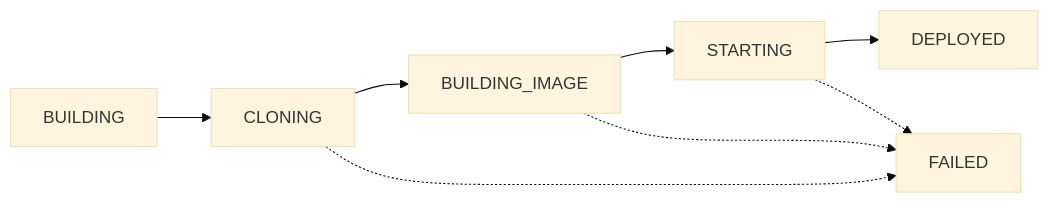
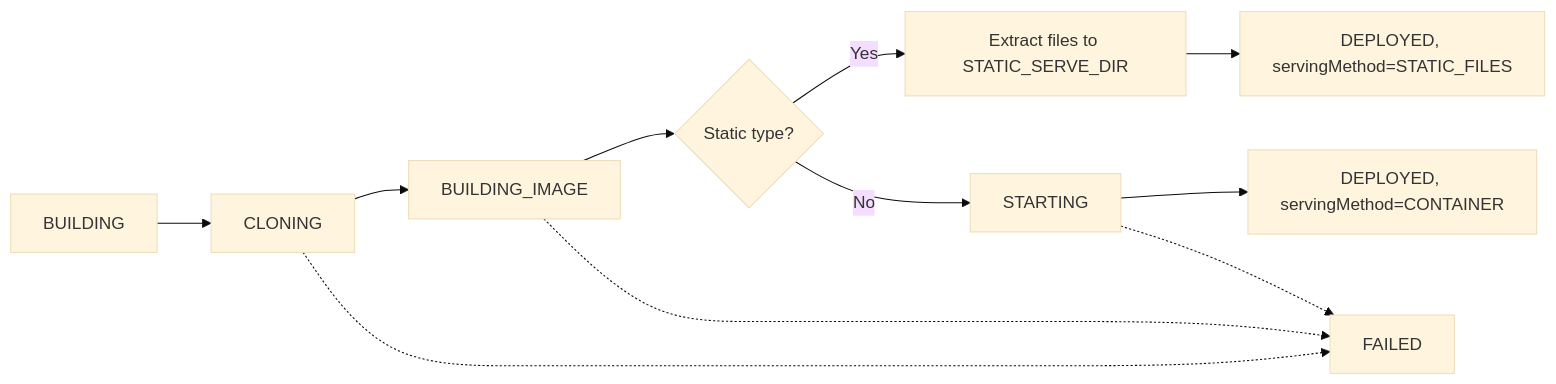
Before and after one commit to kpndevrootentri/dropdeploy: the fourth of 5 diagrams in docs/learn.md, drawn with Mermaid (base theme). The commit also changed other lines of this file and 25 other files, not shown here.

````diff
--- a/docs/learn.md
+++ b/docs/learn.md
@@ -225,10 +228,13 @@
   ```mermaid
   flowchart LR
       A[BUILDING] --> B[CLONING]
       B --> C[BUILDING_IMAGE]
-      C --> D[STARTING]
-      D --> E[DEPLOYED]
-      B -.-> F[FAILED]
-      C -.-> F
-      D -.-> F
+      C --> D{Static type?}
+      D -->|Yes| E[Extract files to STATIC_SERVE_DIR]
+      D -->|No| F[STARTING]
+      E --> G[DEPLOYED, servingMethod=STATIC_FILES]
+      F --> G2[DEPLOYED, servingMethod=CONTAINER]
+      B -.-> H[FAILED]
+      C -.-> H
+      F -.-> H
   ```
````
